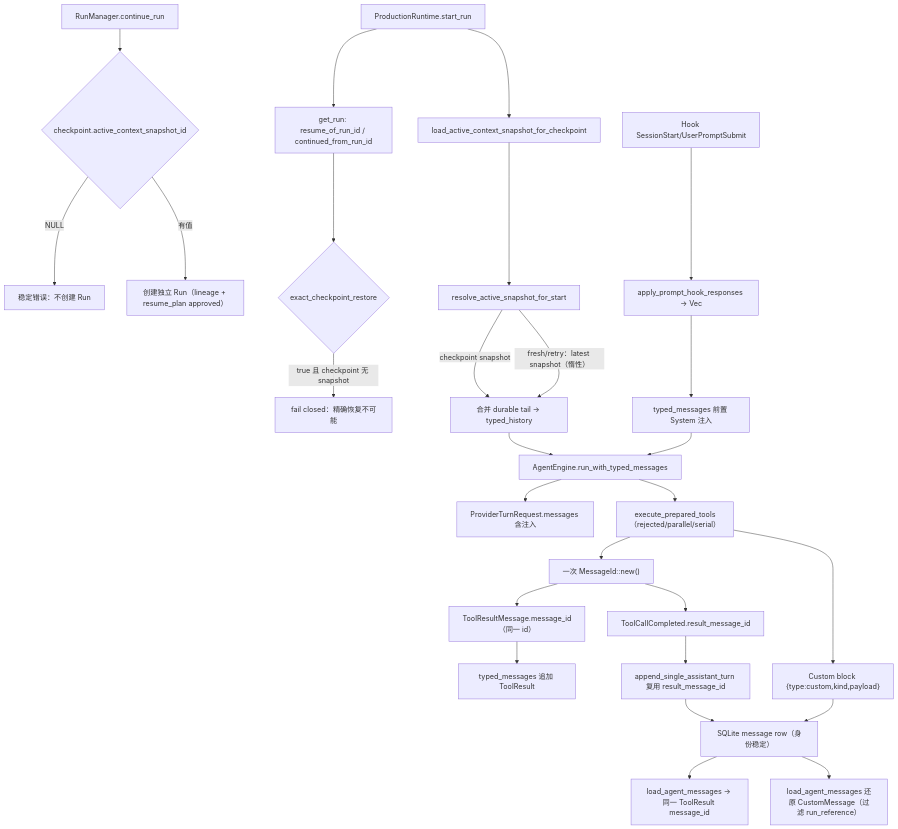
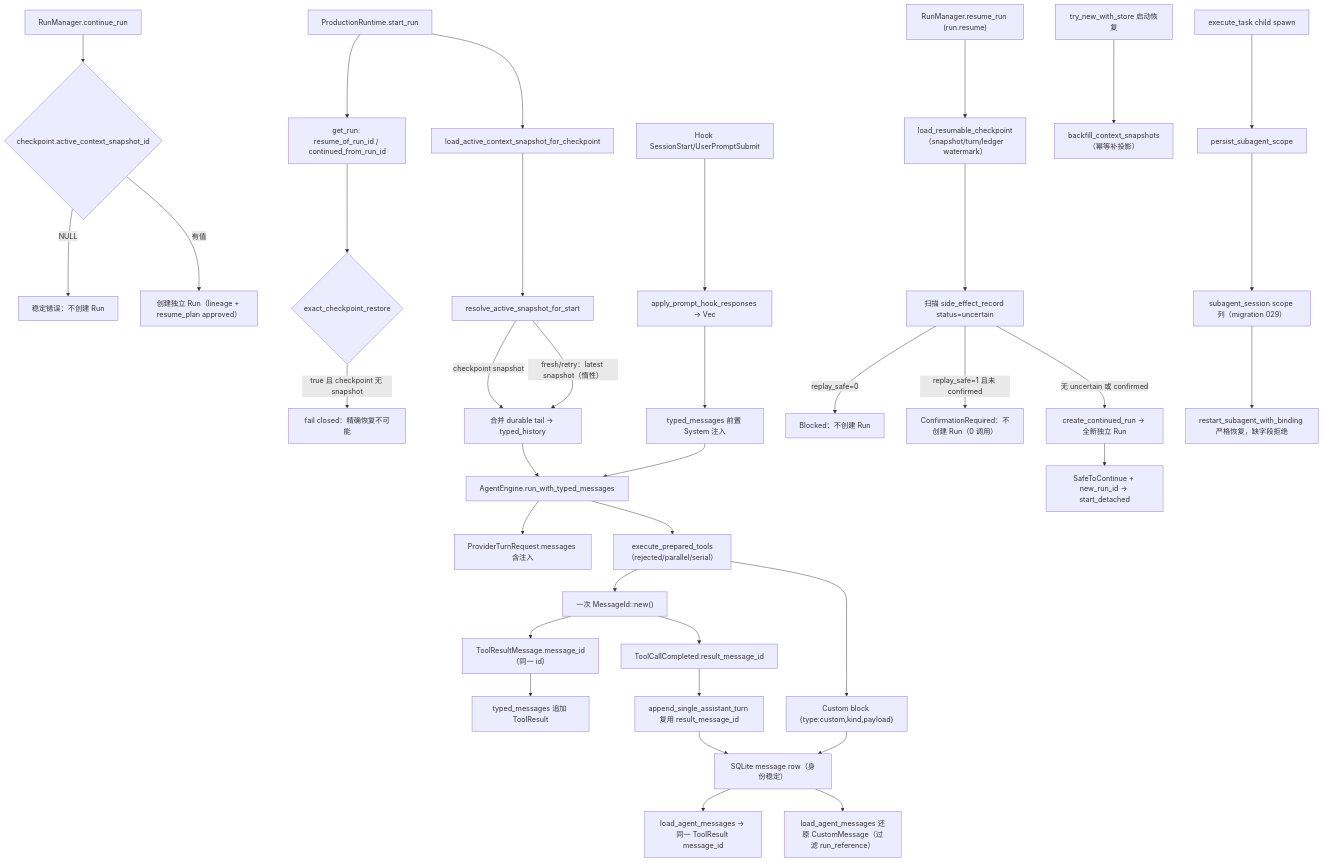
The diagram in docs/architecture/agent-core-sol-remediation-implementation-report.md (Wcof/Natives), drawn with Mermaid before and after one commit. The commit also changed other lines of this file and 10 other files, not shown here.

First line of the commit message:
fix(daemon): close snapshot, resume, and subagent restart recovery

````diff
--- a/docs/architecture/agent-core-sol-remediation-implementation-report.md
+++ b/docs/architecture/agent-core-sol-remediation-implementation-report.md
@@ -77,28 +94,38 @@
 ```mermaid
 flowchart TD
     RM["RunManager.continue_run"] --> CHK{"checkpoint.active_context_snapshot_id"}
     CHK -- "NULL" --> ERR["稳定错误：不创建 Run"]
     CHK -- "有值" --> NEWRUN["创建独立 Run（lineage + resume_plan approved）"]
     PR["ProductionRuntime.start_run"] --> BR["get_run: resume_of_run_id / continued_from_run_id"]
     BR --> EXACT{"exact_checkpoint_restore"}
     PR --> CS["load_active_context_snapshot_for_checkpoint"]
     CS --> AS["resolve_active_snapshot_for_start"]
     EXACT -- "true 且 checkpoint 无 snapshot" --> FAIL["fail closed：精确恢复不可能"]
     AS -- "checkpoint snapshot" --> MERGE["合并 durable tail → typed_history"]
     AS -- "fresh/retry：latest snapshot（惰性）" --> MERGE
     MERGE --> E["AgentEngine.run_with_typed_messages"]
     H["Hook SessionStart/UserPromptSubmit"] --> INJ["apply_prompt_hook_responses → Vec<String>"]
     INJ --> PREPEND["typed_messages 前置 System 注入"]
     PREPEND --> E --> PT["ProviderTurnRequest.messages 含注入"]
     E --> EP["execute_prepared_tools（rejected/parallel/serial）"]
     EP --> MID["一次 MessageId::new()"]
     MID --> TC["ToolCallCompleted.result_message_id"]
     MID --> TRM["ToolResultMessage.message_id（同一 id）"]
     TRM --> TM["typed_messages 追加 ToolResult"]
     TC --> REP["append_single_assistant_turn 复用 result_message_id"]
     REP --> SQL["SQLite message row（身份稳定）"]
     SQL --> RELOAD["load_agent_messages → 同一 ToolResult message_id"]
     EP --> CUSTOM["Custom block {type:custom,kind,payload}"]
     CUSTOM --> SQL
     SQL --> CUSTOMD["load_agent_messages 还原 CustomMessage（过滤 run_reference）"]
+    RM2["RunManager.resume_run (run.resume)"] --> LRC["load_resumable_checkpoint（snapshot/turn/ledger watermark）"]
+    LRC --> LEDGER["扫描 side_effect_record status=uncertain"]
+    LEDGER -- "replay_safe=0" --> BLK["Blocked：不创建 Run"]
+    LEDGER -- "replay_safe=1 且未 confirmed" --> CR["ConfirmationRequired：不创建 Run（0 调用）"]
+    LEDGER -- "无 uncertain 或 confirmed" --> CCR["create_continued_run → 全新独立 Run"]
+    CCR --> SA["SafeToContinue + new_run_id → start_detached"]
+    STARTUP["try_new_with_store 启动恢复"] --> BKF["backfill_context_snapshots（幂等补投影）"]
+    SPAWN["execute_task child spawn"] --> PSS["persist_subagent_scope"]
+    PSS --> SESS["subagent_session scope 列（migration 029）"]
+    SESS --> RESTART["restart_subagent_with_binding 严格恢复，缺字段拒绝"]
 ```
````
